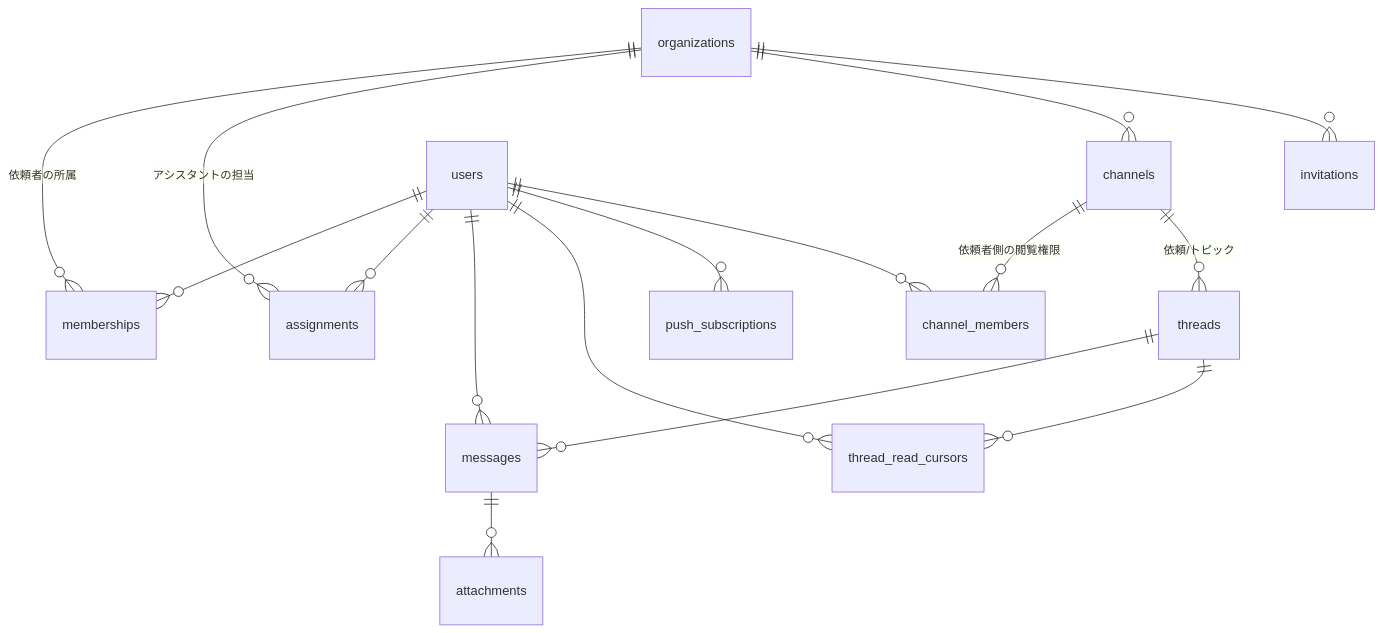
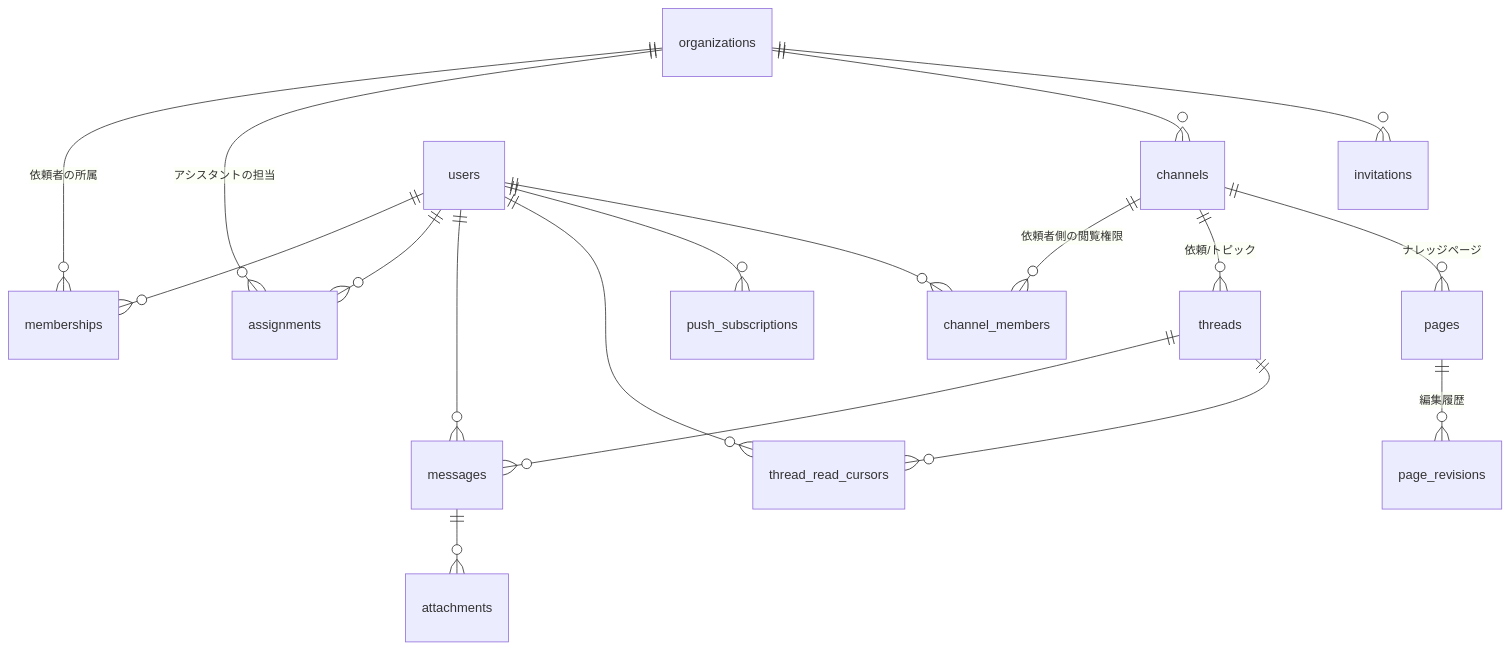
Before and after one commit to AkiraMatsumoto-github/talkdesk: the diagram in docs/database-design.md, drawn with Mermaid. The commit also changed other lines of this file and 2 other files, not shown here.

Commit message:
Add per-channel knowledge pages (manuals) with revision history

````diff
--- a/docs/database-design.md
+++ b/docs/database-design.md
@@ -10,18 +10,20 @@
 ```mermaid
 erDiagram
     organizations ||--o{ memberships : "依頼者の所属"
     organizations ||--o{ assignments : "アシスタントの担当"
     organizations ||--o{ channels : ""
     organizations ||--o{ invitations : ""
     users ||--o{ memberships : ""
     users ||--o{ assignments : ""
     users ||--o{ messages : ""
     users ||--o{ thread_read_cursors : ""
     users ||--o{ push_subscriptions : ""
     channels ||--o{ channel_members : "依頼者側の閲覧権限"
     channels ||--o{ threads : "依頼/トピック"
+    channels ||--o{ pages : "ナレッジページ"
+    pages ||--o{ page_revisions : "編集履歴"
     users ||--o{ channel_members : ""
     threads ||--o{ messages : ""
     threads ||--o{ thread_read_cursors : ""
     messages ||--o{ attachments : ""
 ```
````
